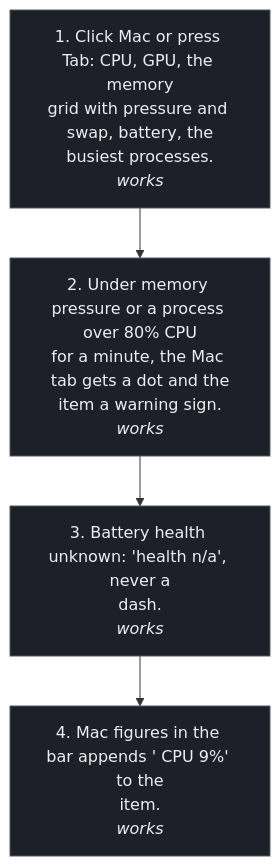
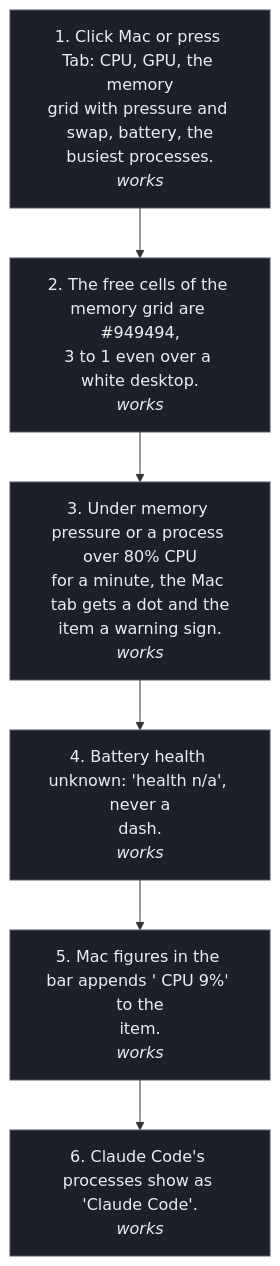
One commit to tokenpandadev/tokenpanda-app changed the diagram in design/wireframes/flows/08-the-mac-tab.mmd. Above: the diagram before and after it, drawn with Mermaid. The commit also changed 35 other files, not shown here.

```diff
--- a/design/wireframes/flows/08-the-mac-tab.mmd
+++ b/design/wireframes/flows/08-the-mac-tab.mmd
@@ -1,11 +1,16 @@
 flowchart TD
   classDef works fill:#1d2029,stroke:#555b68,color:#eceef1;
   classDef friction fill:#262a34,stroke:#eceef1,stroke-width:2px,color:#eceef1;
   classDef broken fill:#1d2029,stroke:#d77757,stroke-width:2px,color:#d77757;
+  classDef byhand fill:#1d2029,stroke:#eceef1,stroke-width:1px,stroke-dasharray:4 3,color:#eceef1;
   S1["1. Click Mac or press Tab: CPU, GPU, the memory<br/>grid with pressure and swap, battery, the<br/>busiest processes.<br/><i>works</i>"]:::works
-  S2["2. Under memory pressure or a process over 80% CPU<br/>for a minute, the Mac tab gets a dot and the<br/>item a warning sign.<br/><i>works</i>"]:::works
-  S3["3. Battery health unknown: 'health n/a', never a<br/>dash.<br/><i>works</i>"]:::works
-  S4["4. Mac figures in the bar appends ' CPU 9%' to the<br/>item.<br/><i>works</i>"]:::works
+  S2["2. The free cells of the memory grid are #949494,<br/>3 to 1 even over a white desktop.<br/><i>works</i>"]:::works
+  S3["3. Under memory pressure or a process over 80% CPU<br/>for a minute, the Mac tab gets a dot and the<br/>item a warning sign.<br/><i>works</i>"]:::works
+  S4["4. Battery health unknown: 'health n/a', never a<br/>dash.<br/><i>works</i>"]:::works
+  S5["5. Mac figures in the bar appends ' CPU 9%' to the<br/>item.<br/><i>works</i>"]:::works
+  S6["6. Claude Code's processes show as 'Claude Code'.<br/><i>works</i>"]:::works
   S1 --> S2
   S2 --> S3
   S3 --> S4
+  S4 --> S5
+  S5 --> S6
```
